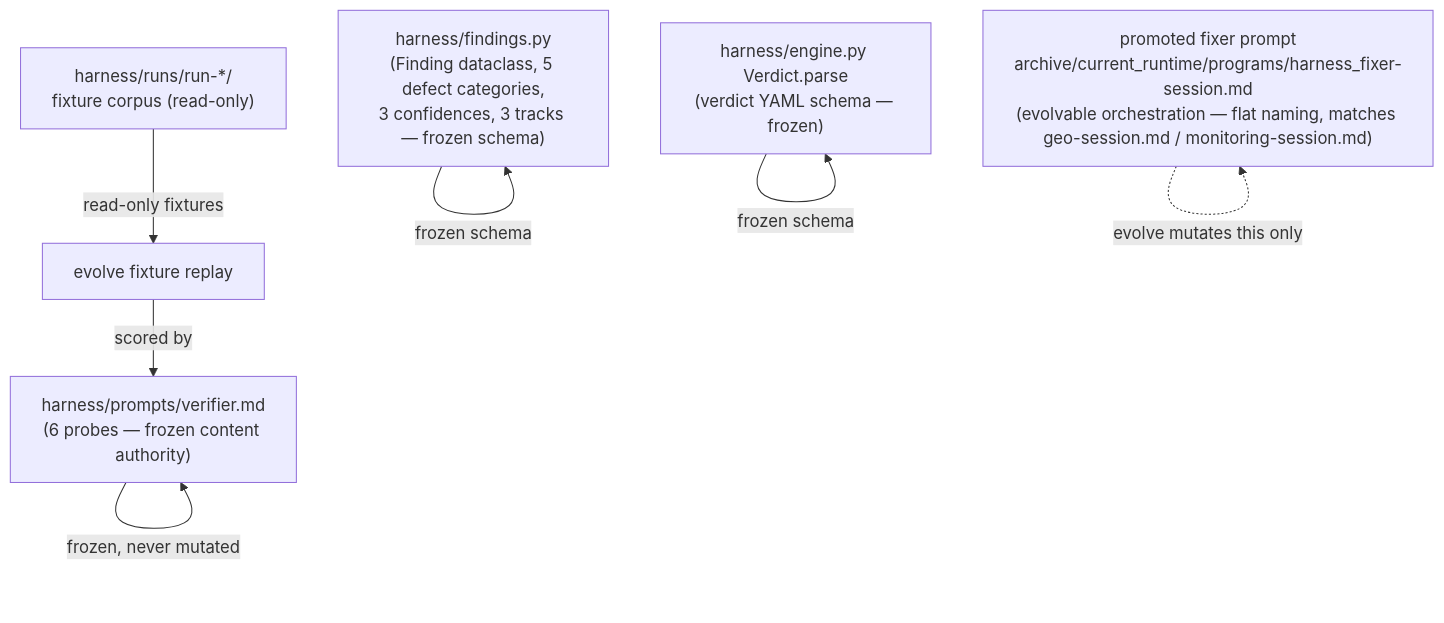
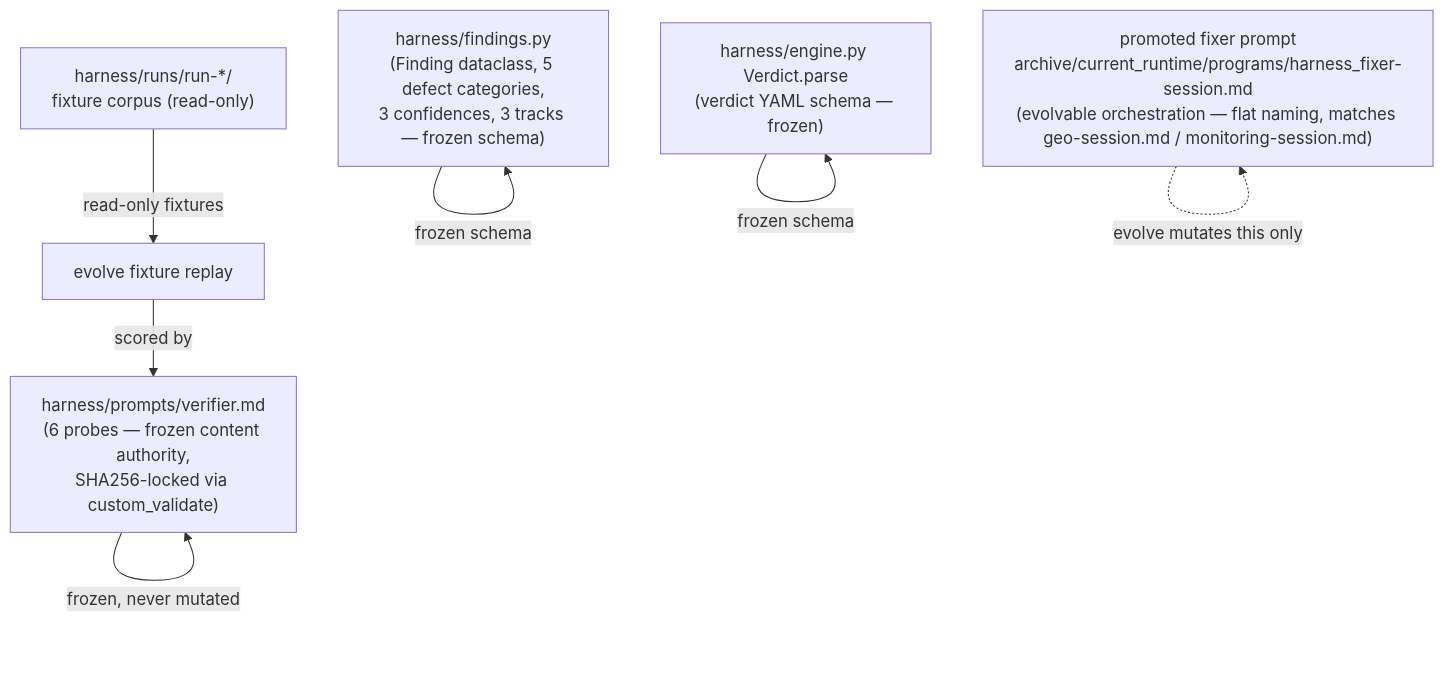
One commit to jryszardnoszczyk/gofreddy changed the second of 2 diagrams in docs/brainstorms/2026-04-26-harness-fixer-autoresearch-fusion-requirements.md. Above: the diagram before and after it, drawn with Mermaid. The commit also changed other lines of this file, not shown here.

First line of the commit message:
plan(harness-fixer): revise brainstorm against shipped lane_registry contract

````diff
--- a/docs/brainstorms/2026-04-26-harness-fixer-autoresearch-fusion-requirements.md
+++ b/docs/brainstorms/2026-04-26-harness-fixer-autoresearch-fusion-requirements.md
@@ -42,14 +42,14 @@
 ```mermaid
 flowchart TB
-  C1["harness/prompts/verifier.md<br/>(6 probes — frozen content authority)"]
+  C1["harness/prompts/verifier.md<br/>(6 probes — frozen content authority,<br/>SHA256-locked via custom_validate)"]
   C2["harness/findings.py<br/>(Finding dataclass, 5 defect categories,<br/>3 confidences, 3 tracks — frozen schema)"]
   C3["harness/engine.py Verdict.parse<br/>(verdict YAML schema — frozen)"]
   C4["harness/runs/run-*/<br/>fixture corpus (read-only)"]
   P["promoted fixer prompt<br/>archive/current_runtime/programs/harness_fixer-session.md<br/>(evolvable orchestration — flat naming, matches geo-session.md / monitoring-session.md)"]
   C1 -- frozen, never mutated --> C1
   C2 -- frozen schema --> C2
   C3 -- frozen schema --> C3
   C4 -- read-only fixtures --> R[evolve fixture replay]
   P -. evolve mutates this only .-> P
   R -- scored by --> C1
 ```
````
